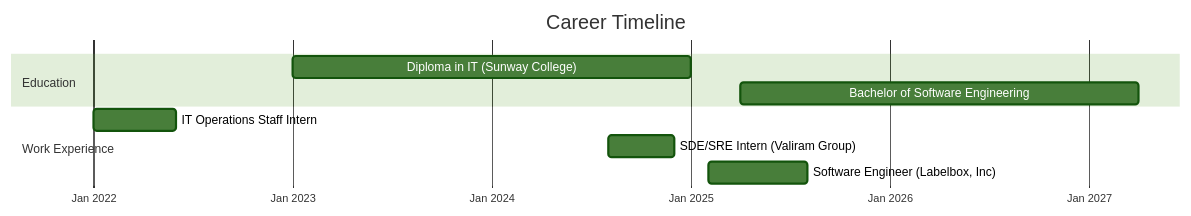
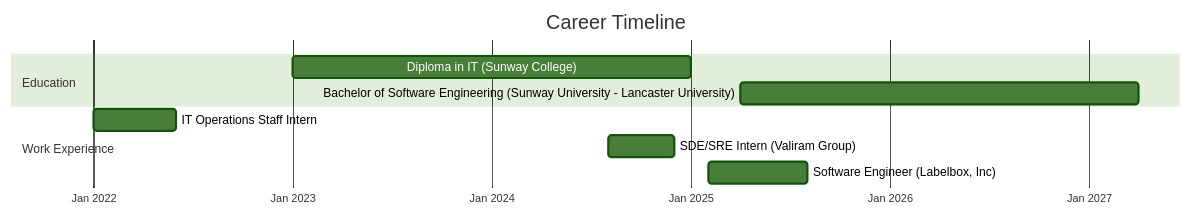
The diagram in README.md (nathangtg/nathangtg), drawn with Mermaid (forest theme) before and after one commit.

````diff
--- a/README.md
+++ b/README.md
@@ -90,15 +90,15 @@
 ```mermaid
 gantt
     dateFormat  YYYY-MM
     title Career Timeline
     axisFormat %b %Y
     
     section Education
     Diploma in IT (Sunway College)      :2023-01, 2025-01
-    Bachelor of Software Engineering    :2025-04, 2027-04
+    Bachelor of Software Engineering (Sunway University - Lancaster University)   :2025-04, 2027-04
     
     section Work Experience
     IT Operations Staff Intern          :2022-01, 2022-06
     SDE/SRE Intern (Valiram Group)      :2024-08, 2024-12
     Software Engineer (Labelbox, Inc)   :2025-02, 2025-08
 ```
````
